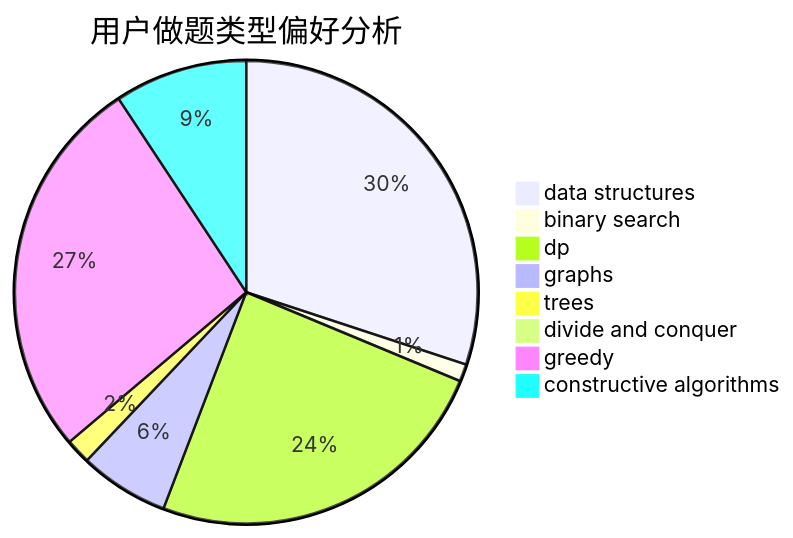
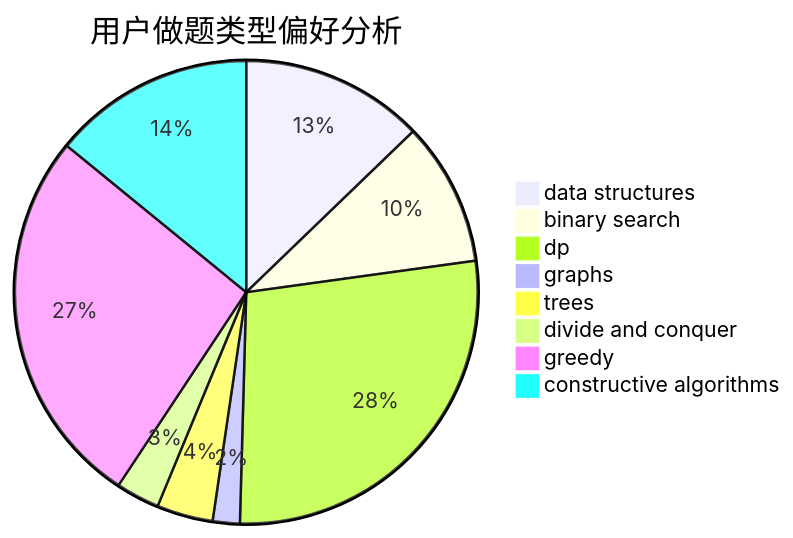
One commit to sherpahu/cfrs.github.io changed the second of 3 diagrams in docs/user/u257.md. Above: the diagram before and after it, drawn with Mermaid. The commit also changed other lines of this file and 2770 other files, not shown here.

````diff
--- a/docs/user/u257.md
+++ b/docs/user/u257.md
@@ -23,11 +23,11 @@
 ```mermaid
 pie title 用户做题类型偏好分析
-    "data structures" :  447
-    "binary search" :  18
-    "dp" :  365
-    "graphs" :  93
-    "trees" :  26
-    "divide and conquer" :  3
-    "greedy" :  400
-    "constructive algorithms" :  138
+    "data structures" :  88
+    "binary search" :  69
+    "dp" :  190
+    "graphs" :  13
+    "trees" :  27
+    "divide and conquer" :  21
+    "greedy" :  183
+    "constructive algorithms" :  97
 ```
````
